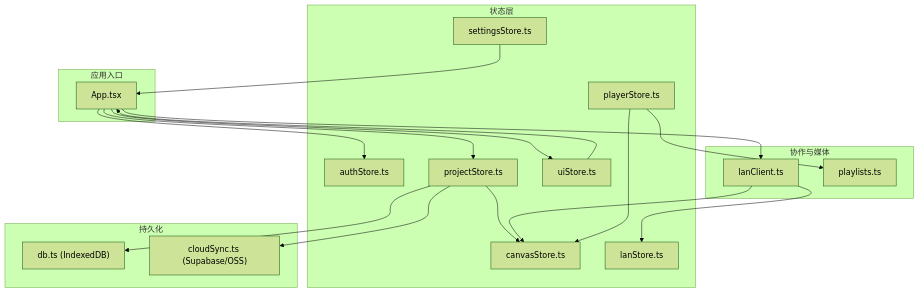
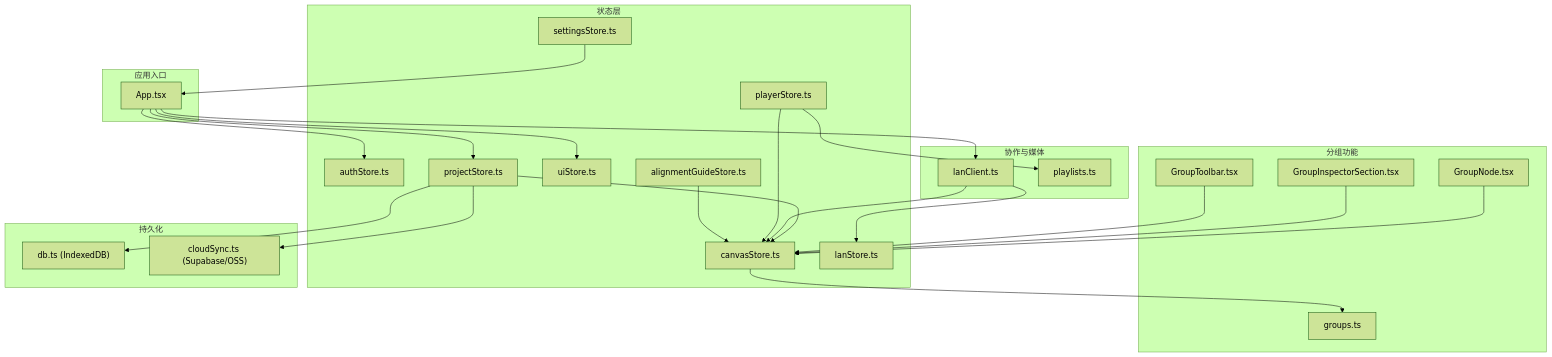
Before and after one commit to suqi-bot/SuQCanvas: the first of 7 diagrams in .qoder/repowiki/zh/content/架构设计/状态管理模式/状态管理模式.md, drawn with Mermaid (forest theme). The commit also changed other lines of this file and 93 other files, not shown here.

````diff
--- a/.qoder/repowiki/zh/content/架构设计/状态管理模式/状态管理模式.md
+++ b/.qoder/repowiki/zh/content/架构设计/状态管理模式/状态管理模式.md
@@ -45,36 +60,47 @@
 ```mermaid
 graph TB
 subgraph "应用入口"
 App["App.tsx"]
 end
 subgraph "状态层"
 Auth["authStore.ts"]
 Project["projectStore.ts"]
 Canvas["canvasStore.ts"]
 UI["uiStore.ts"]
 LAN["lanStore.ts"]
 Player["playerStore.ts"]
 Settings["settingsStore.ts"]
+Alignment["alignmentGuideStore.ts"]
+end
+subgraph "分组功能"
+Groups["groups.ts"]
+GroupNode["GroupNode.tsx"]
+GroupInspector["GroupInspectorSection.tsx"]
+GroupToolbar["GroupToolbar.tsx"]
 end
 subgraph "持久化"
 DB["db.ts (IndexedDB)"]
 Cloud["cloudSync.ts (Supabase/OSS)"]
 end
 subgraph "协作与媒体"
 LANC["lanClient.ts"]
 Playlists["playlists.ts"]
 end
 App --> Auth
 App --> Project
 App --> UI
 App --> LANC
 Project --> Canvas
 Project --> DB
 Project --> Cloud
 LANC --> Canvas
 LANC --> LAN
 Player --> Canvas
 Player --> Playlists
-UI --> App
 Settings --> App
+Alignment --> Canvas
+Canvas --> Groups
+GroupNode --> Canvas
+GroupInspector --> Canvas
+GroupToolbar --> Canvas
 ```
````
